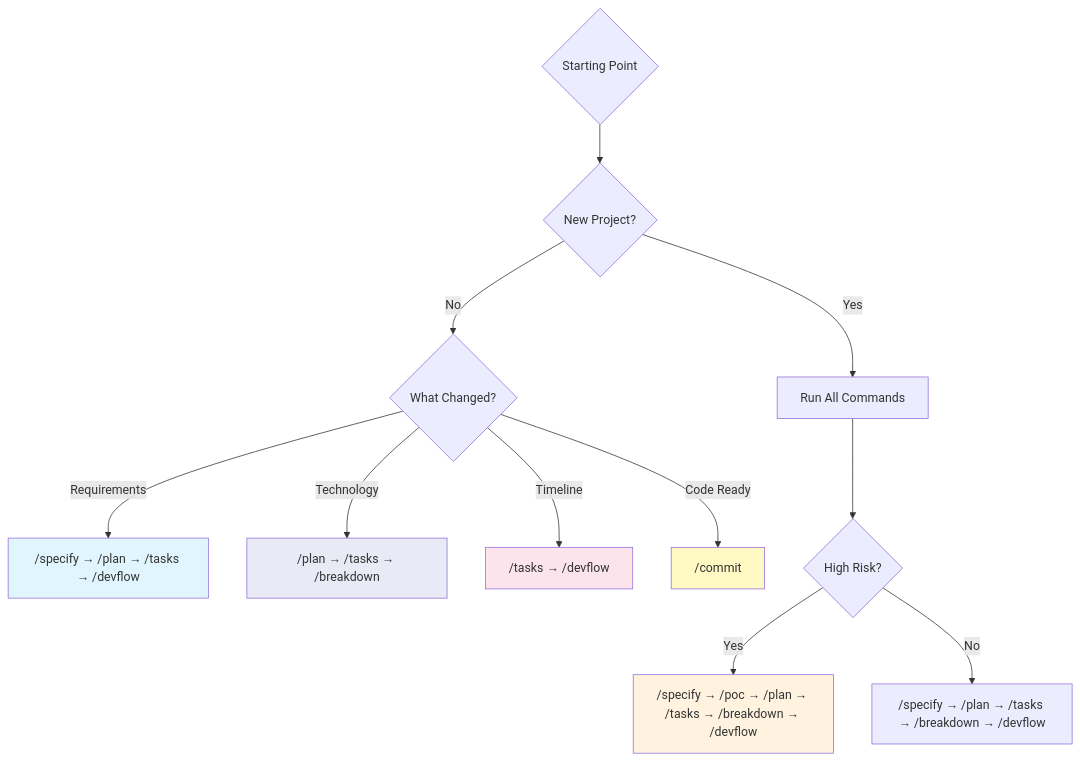
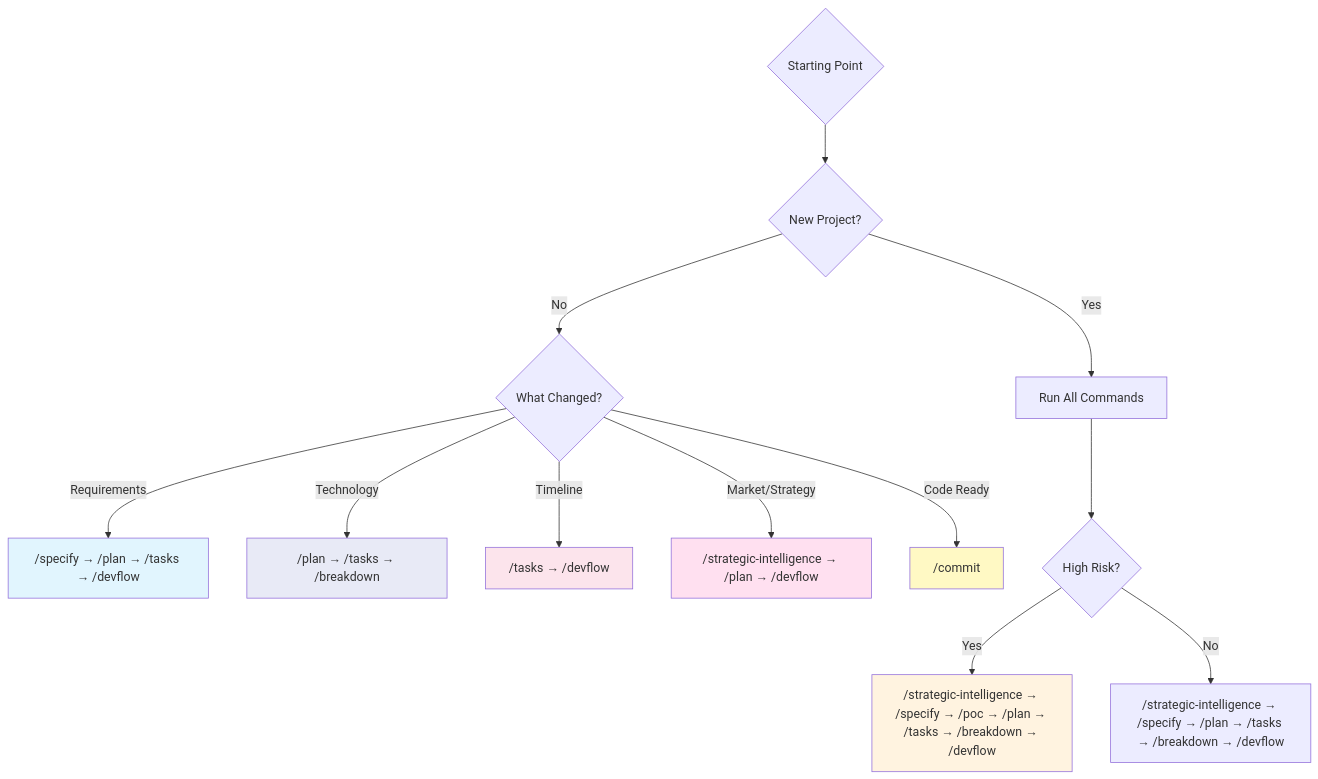
Before and after one commit to Mathews-Tom/sage-dev: the sixth of 22 diagrams in commands/WORKFLOW.md, drawn with Mermaid. The commit also changed other lines of this file and 3 other files, not shown here.

First line of the commit message:
Add /strategic-intelligence command and integrate across docs; remove legacy gap analysis

````diff
--- a/commands/WORKFLOW.md
+++ b/commands/WORKFLOW.md
@@ -118,21 +129,23 @@
 ```mermaid
 graph TD
     Start{Starting Point} --> NewProject{New Project?}
     NewProject -->|Yes| AllDocs[Run All Commands]
     NewProject -->|No| Update{What Changed?}
-    
+
     Update -->|Requirements| Specify["/specify → /plan → /tasks → /devflow"]
     Update -->|Technology| Plan["/plan → /tasks → /breakdown"]
     Update -->|Timeline| Tasks["/tasks → /devflow"]
+    Update -->|Market/Strategy| Assessment["/strategic-intelligence → /plan → /devflow"]
     Update -->|Code Ready| Commit["/commit"]
-    
+
     AllDocs --> Risk{High Risk?}
-    Risk -->|Yes| POCFirst["/specify → /poc → /plan → /tasks → /breakdown → /devflow"]
-    Risk -->|No| Standard["/specify → /plan → /tasks → /breakdown → /devflow"]
-    
+    Risk -->|Yes| POCFirst["/strategic-intelligence → /specify → /poc → /plan → /tasks → /breakdown → /devflow"]
+    Risk -->|No| Standard["/strategic-intelligence → /specify → /plan → /tasks → /breakdown → /devflow"]
+
     style Specify fill:#e1f5fe
     style Plan fill:#e8eaf6
     style Tasks fill:#fce4ec
     style Commit fill:#fff9c4
     style POCFirst fill:#fff3e0
+    style Assessment fill:#ffe0f0
 ```
````
